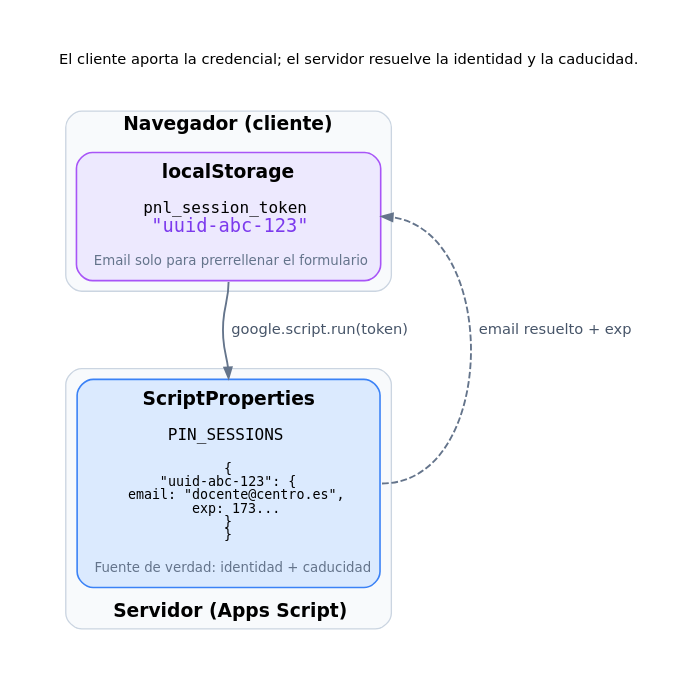
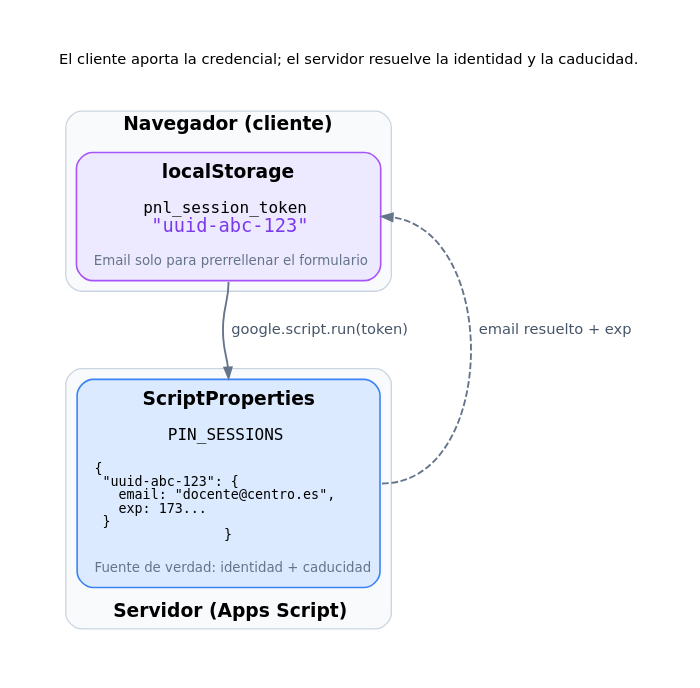
Before and after one commit to pfelipm/panel-dedicacion-no-lectiva: the diagram in docs/images/session-model.dot, drawn with Graphviz. The commit also changed 1 other file, not shown here.

Commit message:
docs: alinear a la izquierda el objeto JSON del diagrama de sesión
Las llaves y la indentación del bloque PIN_SESSIONS ya respetan la alineación de código.

```diff
--- a/docs/images/session-model.dot
+++ b/docs/images/session-model.dot
@@ -1,60 +1,60 @@
 digraph SessionModel {
   graph [
     rankdir=TB,
     bgcolor="white",
     pad="0.40",
     nodesep="0.50",
     ranksep="0.85",
     fontname="DejaVu Sans",
     label=<<FONT POINT-SIZE="11">El cliente aporta la credencial; el servidor resuelve la identidad y la caducidad.</FONT><BR/><BR/>>,
     labelloc="t",
     fontsize=20
   ];
 
   node [
     shape=box,
     style="rounded,filled",
     fontname="DejaVu Sans",
     fontsize=14,
     margin="0.18,0.12",
     penwidth=1.2
   ];
 
   edge [
     color="#64748b",
     penwidth=1.4,
     arrowsize=0.8,
     fontname="DejaVu Sans",
     fontsize=11,
     fontcolor="#475569"
   ];
 
   subgraph cluster_client {
     label=<<B>Navegador (cliente)</B>>;
     labelloc="t";
     labeljust="c";
     fontname="DejaVu Sans";
     fontsize=14;
     color="#cbd5e1";
     style="rounded";
     bgcolor="#f8fafc";
 
     local [label=<<B>localStorage</B><BR/><BR/><FONT FACE="DejaVu Sans Mono" POINT-SIZE="12">pnl_session_token</FONT><BR/><FONT FACE="DejaVu Sans Mono" COLOR="#7c3aed" POINT-SIZE="14">"uuid-abc-123"</FONT><BR/><BR/><FONT POINT-SIZE="10" COLOR="#64748b">Email solo para prerrellenar el formulario</FONT>>, fillcolor="#ede9fe", color="#a855f7"];
   }
 
   subgraph cluster_server {
     label=<<B>Servidor (Apps Script)</B>>;
     labelloc="b";
     labeljust="c";
     fontname="DejaVu Sans";
     fontsize=14;
     color="#cbd5e1";
     style="rounded";
     bgcolor="#f8fafc";
 
-    props [label=<<B>ScriptProperties</B><BR/><BR/><FONT FACE="DejaVu Sans Mono" POINT-SIZE="12">PIN_SESSIONS</FONT><BR/><BR/><FONT FACE="DejaVu Sans Mono" POINT-SIZE="10">{<BR/>  "uuid-abc-123": {<BR/>    email: "docente@centro.es",<BR/>    exp: 173...<BR/>  }<BR/>}</FONT><BR/><BR/><FONT POINT-SIZE="10" COLOR="#64748b">Fuente de verdad: identidad + caducidad</FONT>>, fillcolor="#dbeafe", color="#3b82f6"];
+    props [label=<<B>ScriptProperties</B><BR/><BR/><FONT FACE="DejaVu Sans Mono" POINT-SIZE="12">PIN_SESSIONS</FONT><BR/><BR/><FONT FACE="DejaVu Sans Mono" POINT-SIZE="10">{<BR ALIGN="LEFT"/>  "uuid-abc-123": {<BR ALIGN="LEFT"/>    email: "docente@centro.es",<BR ALIGN="LEFT"/>    exp: 173...<BR ALIGN="LEFT"/>  }<BR ALIGN="LEFT"/>}</FONT><BR/><BR/><FONT POINT-SIZE="10" COLOR="#64748b">Fuente de verdad: identidad + caducidad</FONT>>, fillcolor="#dbeafe", color="#3b82f6"];
   }
 
   local:s -> props:n [label="  google.script.run(token)  ", labeljust="l"];
   props:e -> local:e [label="  email resuelto + exp  ", style=dashed, constraint=false, labeljust="r"];
 }
```
